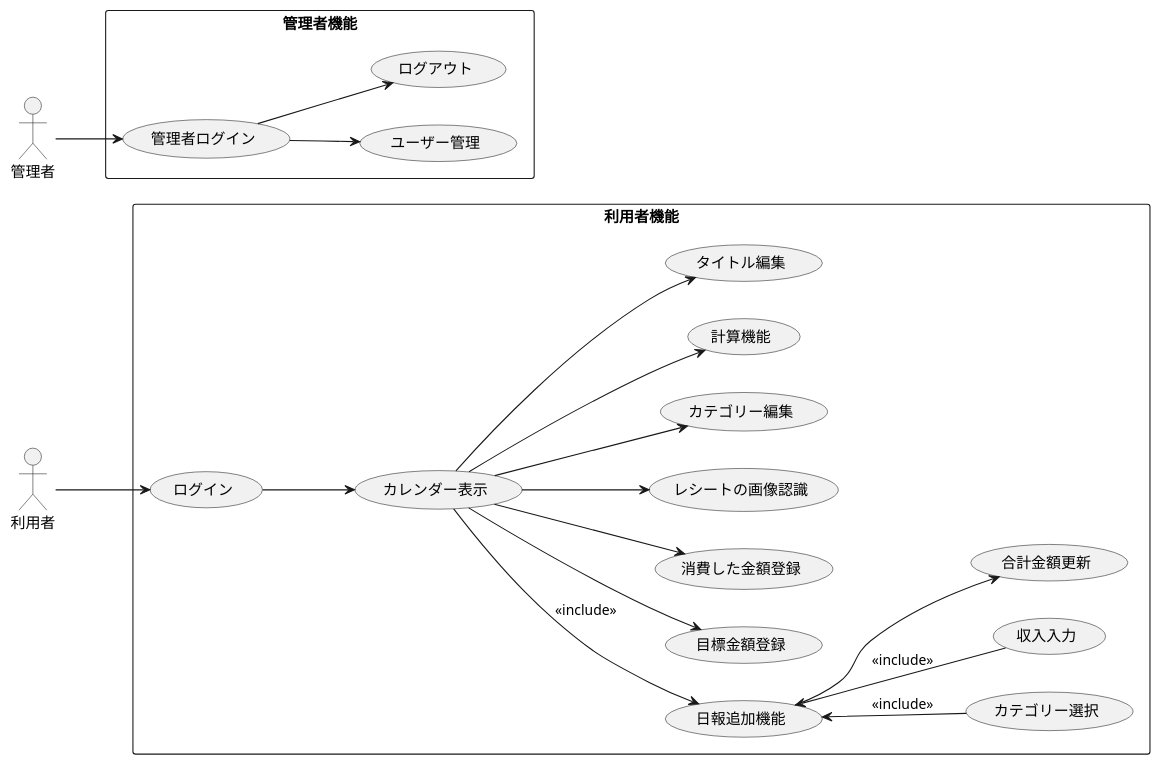
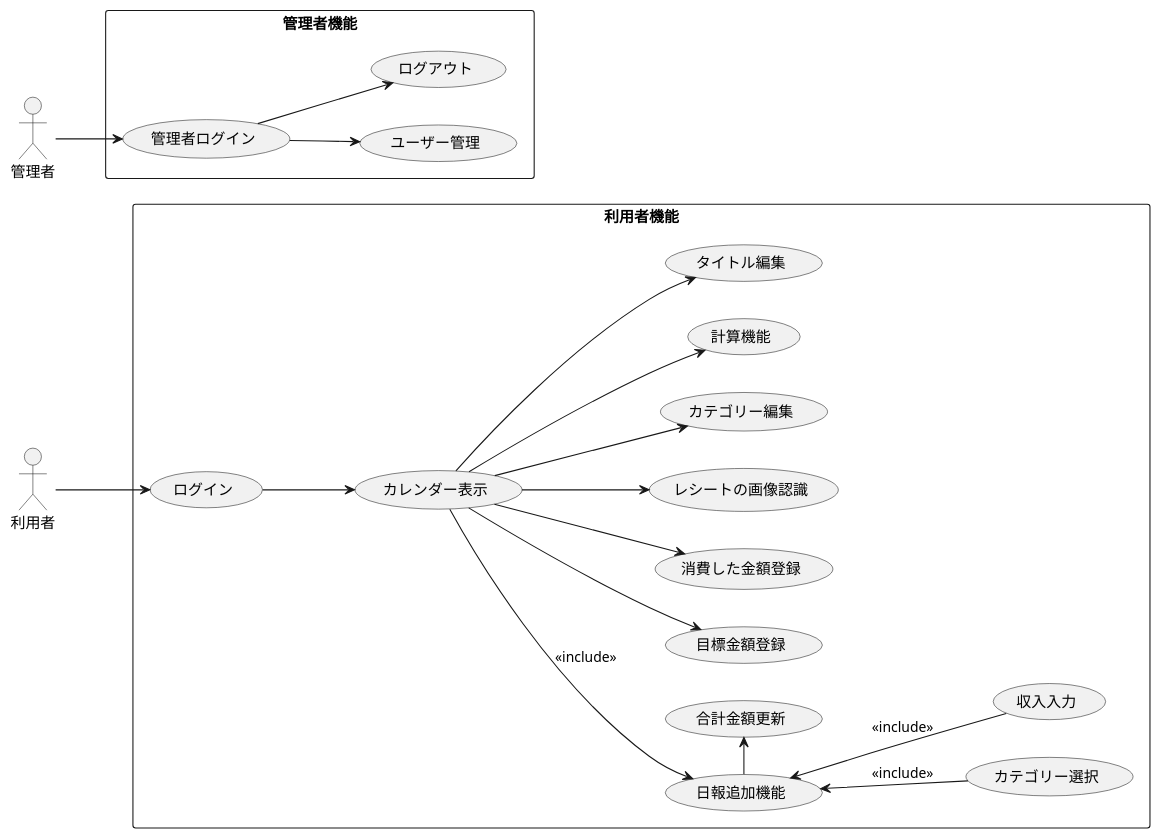
One commit to masakan590/uml-introduction changed the diagram in test.pu. Above: the diagram before and after it, drawn with PlantUML.

Commit message:
追加

```diff
--- a/test.pu
+++ b/test.pu
@@ -1,50 +1,50 @@
 @startuml
 left to right direction
 actor 利用者 as user
 actor 管理者 as admin
 
 rectangle 利用者機能 {
   usecase ログイン as login
   usecase カレンダー表示 as show_calendar
   usecase 日報作成 as create_report
   usecase カテゴリー選択 as select_category_input
   usecase 収入入力 as sup_input
   usecase 合計金額更新 as update_total
   usecase 目標金額登録 as set_goal
   usecase 消費した金額登録 as add_expense
   usecase レシートの画像認識 as image_recognition
   usecase カテゴリー編集 as manage_category
   usecase 計算機能 as calculations
   usecase タイトル編集 as edit_title
   usecase 日報追加機能 as create_report
   
   
   user --> login
   login --> show_calendar
   show_calendar --> set_goal
   show_calendar --> add_expense
   show_calendar --> image_recognition
   show_calendar --> manage_category
   show_calendar --> calculations
   show_calendar --> edit_title
   show_calendar --> create_report :<<include>>
   create_report <-- select_category_input :<<include>>
   create_report <-- sup_input :<<include>>
-  create_report --> update_total
+  create_report -right-> update_total
   
 }
 
 
 
 rectangle 管理者機能 {
   usecase 管理者ログイン as admin_login
   usecase ユーザー管理 as user_kan
   usecase ログアウト as account_logout
 
   admin --> admin_login
   admin_login --> user_kan
   admin_login --> account_logout
 }
 
 
 @enduml
```
